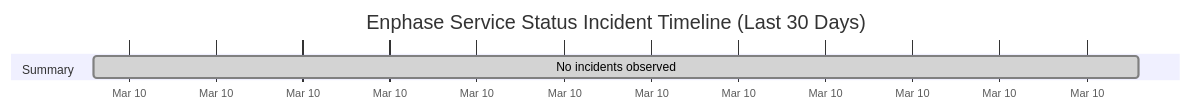
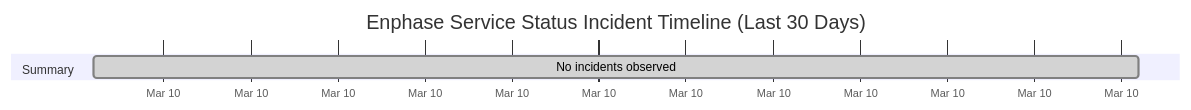
Before and after one commit to barneyonline/ha-enphase-ev-charger: the diagram in wiki/Service-Status-History.md, drawn with Mermaid. The commit also changed other lines of this file and 3 other files, not shown here.

````diff
--- a/wiki/Service-Status-History.md
+++ b/wiki/Service-Status-History.md
@@ -14,8 +14,8 @@
 ```mermaid
 gantt
     title Enphase Service Status Incident Timeline (Last 30 Days)
     dateFormat  YYYY-MM-DDTHH:mm:ss
     axisFormat  %b %d
     section Summary
-    No incidents observed :done, 2026-03-10T12:38:18, 1m
+    No incidents observed :done, 2026-03-10T13:55:46, 1m
 ```
````
